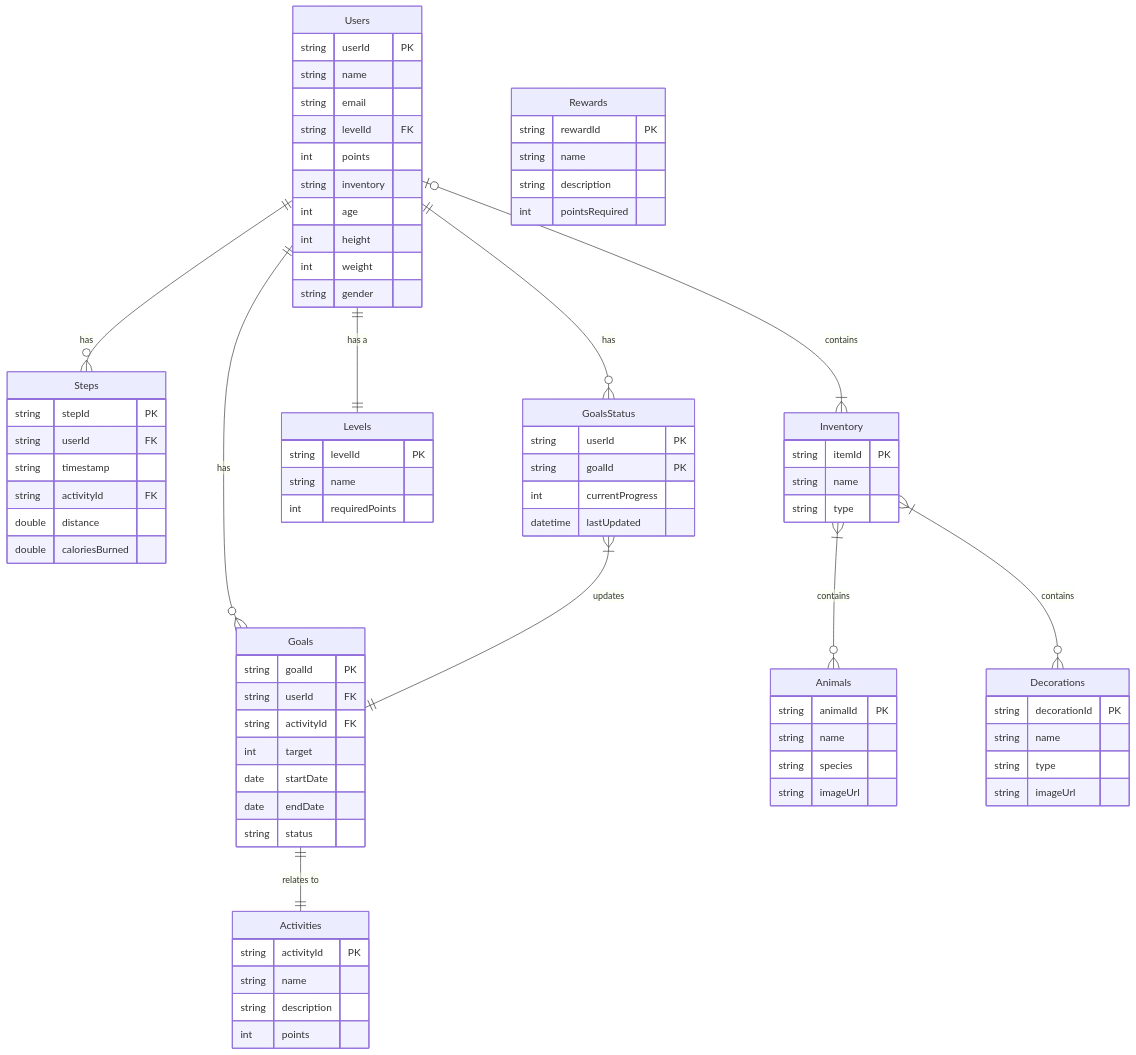
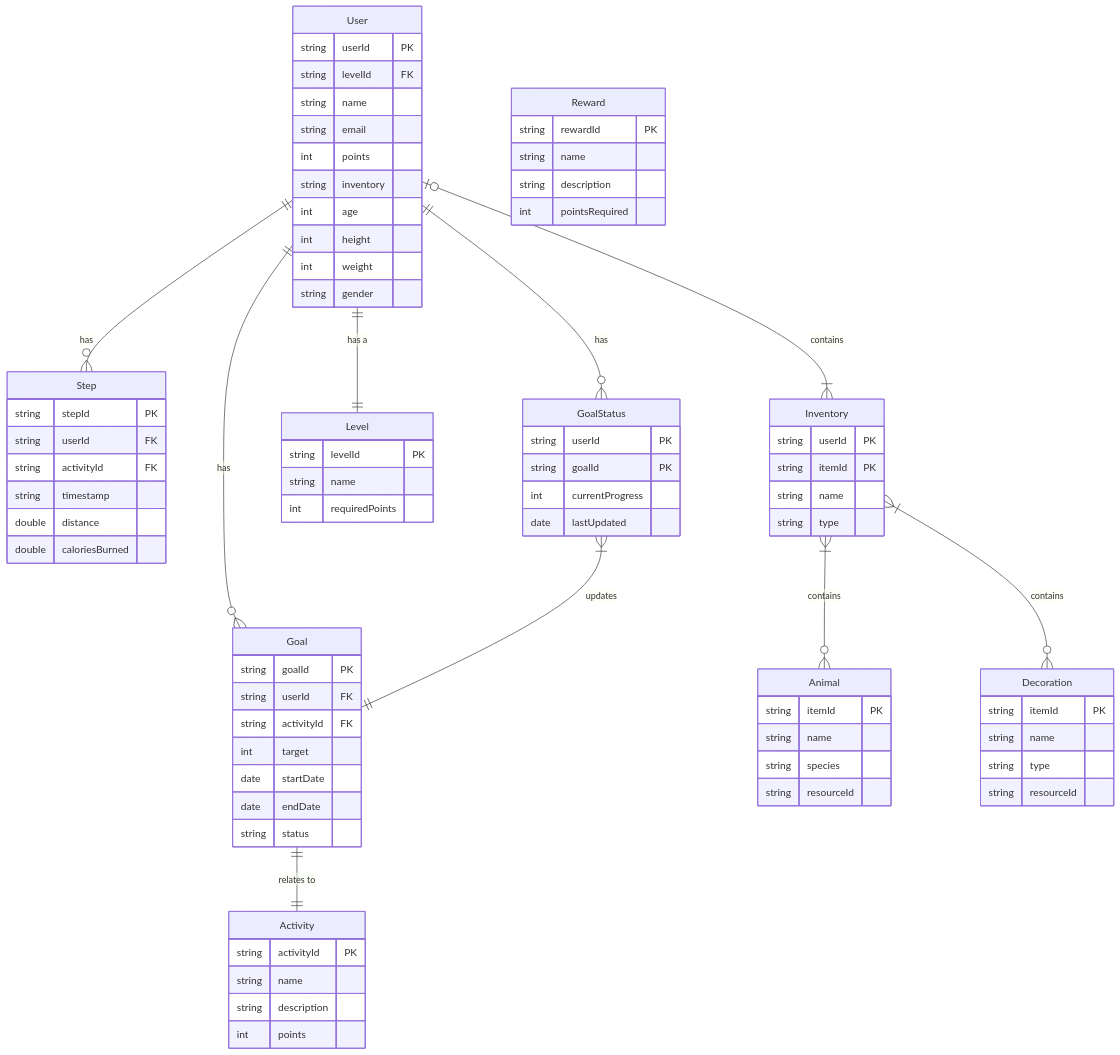
One commit to PVP-K409/fit-flow-docs changed the diagram in database/SCHEMA.md. Above: the diagram before and after it, drawn with Mermaid.

Commit message:
Refactor database schema

````diff
--- a/database/SCHEMA.md
+++ b/database/SCHEMA.md
@@ -5,10 +5,10 @@
 ```mermaid
 erDiagram
-    Users {
+    User {
         string userId PK
+        string levelId FK
         string name
         string email
-        string levelId FK
         int points
         string inventory
         int age
@@ -17,23 +17,23 @@
         string gender
     }
 
-    Activities {
+    Activity {
         string activityId PK
         string name
         string description
         int points
     }
 
-    Steps {
+    Step {
         string stepId PK
         string userId FK
+        string activityId FK
         string timestamp
-        string activityId FK
         double distance
         double caloriesBurned
     }
 
-    Goals {
+    Goal {
         string goalId PK
         string userId FK
         string activityId FK
@@ -43,53 +43,54 @@
         string status
     }
 
-    GoalsStatus {
+    GoalStatus {
         string userId PK
         string goalId PK
         int currentProgress
-        datetime lastUpdated
+        date lastUpdated
     }
 
-    Levels {
+    Level {
         string levelId PK
         string name
         int requiredPoints
     }
 
     Inventory {
+        string userId PK
         string itemId PK
         string name
         string type
     }
 
-    Animals {
-        string animalId PK
+    Animal {
+        string itemId PK
         string name
         string species
-        string imageUrl
+        string resourceId
     }
 
-    Decorations {
-        string decorationId PK
+    Decoration {
+        string itemId PK
         string name
         string type
-        string imageUrl
+        string resourceId
     }
 
-    Rewards {
+    Reward {
         string rewardId PK
         string name
         string description
         int pointsRequired
     }
 
-    Users ||--o{ Goals : "has"
-    Users ||--o{ GoalsStatus : "has"
-    Goals ||--|| Activities : "relates to"
-    Users ||--|| Levels : "has a"
-    Users |o--|{ Inventory : "contains"
-    GoalsStatus }|--|| Goals : "updates"
-    Users ||--o{ Steps : "has"
-    Inventory }|--o{ Animals : "contains"
-    Inventory }|--o{ Decorations : "contains"
+    User ||--o{ Goal : "has"
+    User ||--o{ GoalStatus : "has"
+    Goal ||--|| Activity : "relates to"
+    User ||--|| Level : "has a"
+    User |o--|{ Inventory : "contains"
+    GoalStatus }|--|| Goal : "updates"
+    User ||--o{ Step : "has"
+    Inventory }|--o{ Animal : "contains"
+    Inventory }|--o{ Decoration : "contains"
 ```
````
